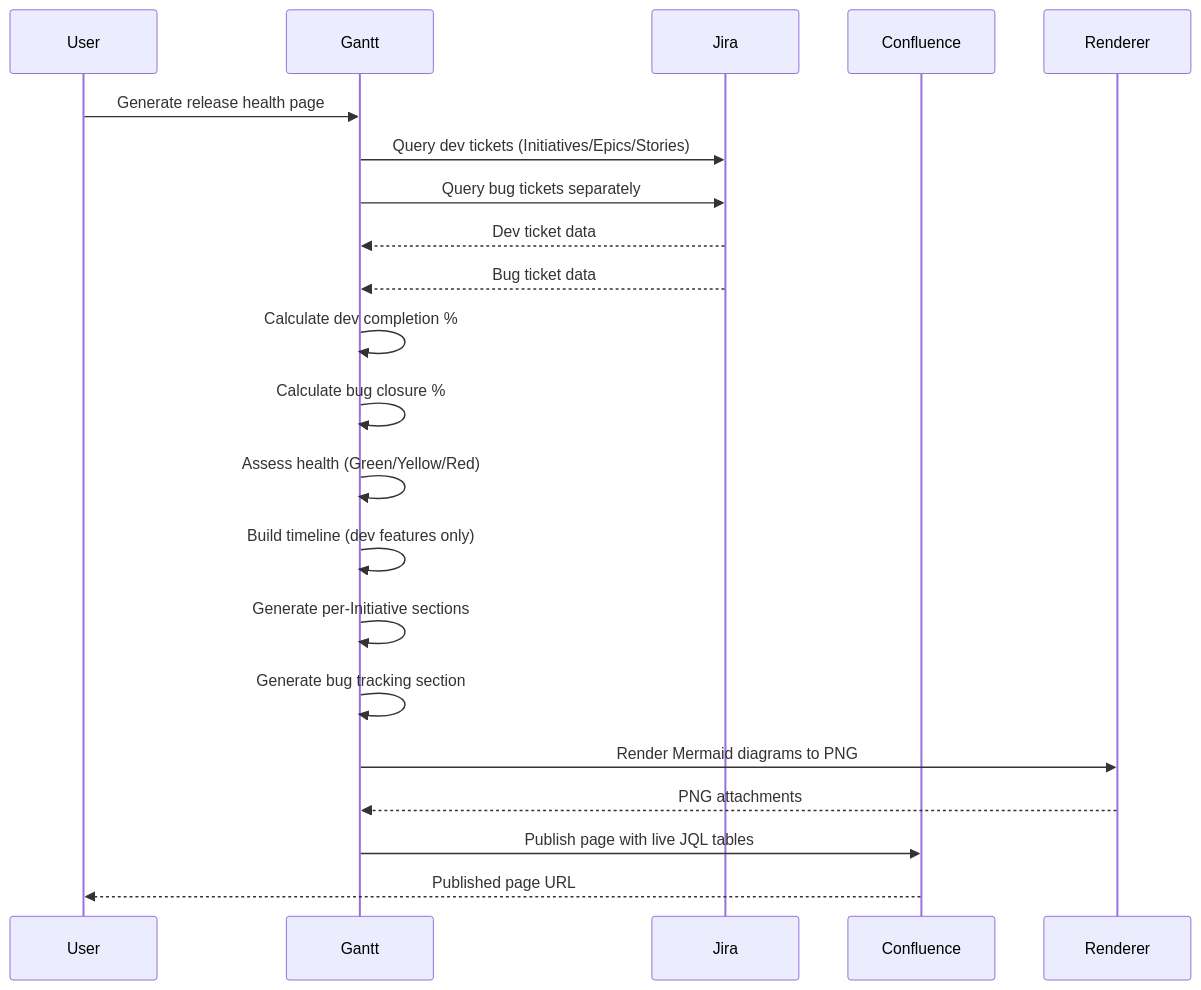
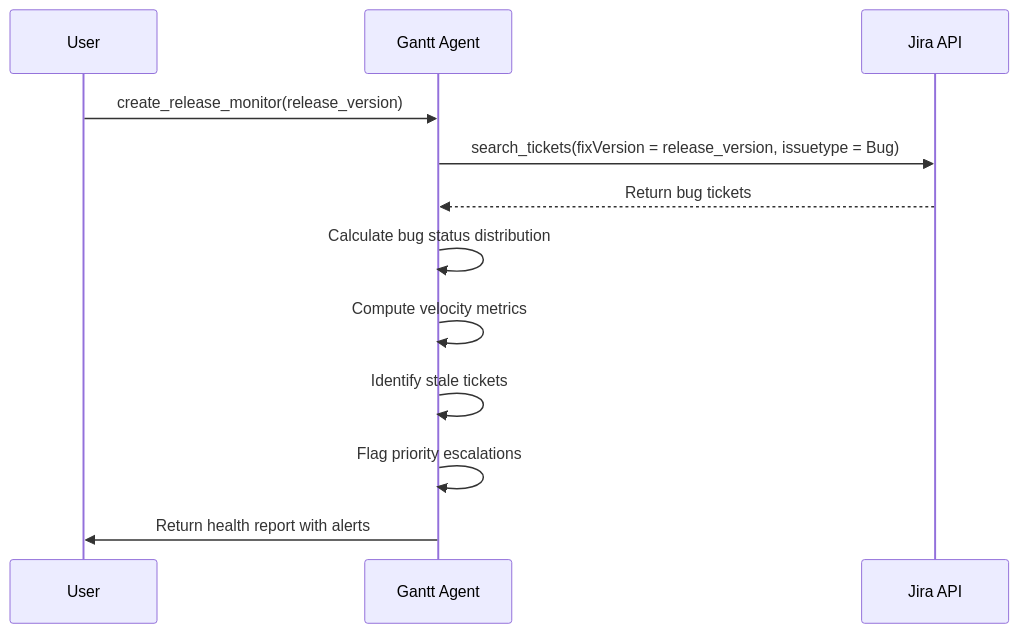
Before and after one commit to jmac-cornelis/agent-workforce: the third of 4 diagrams in docs/agents-gantt-prompts.md, drawn with Mermaid. The commit also changed other lines of this file and 4 other files, not shown here.

````diff
--- a/docs/agents-gantt-prompts.md
+++ b/docs/agents-gantt-prompts.md
@@ -90,24 +90,15 @@
 ```mermaid
 sequenceDiagram
     participant User
-    participant Gantt
-    participant Jira
-    participant Confluence
-    participant Renderer
+    participant Gantt as Gantt Agent
+    participant Jira as Jira API
     
-    User->>Gantt: Generate release health page
-    Gantt->>Jira: Query dev tickets (Initiatives/Epics/Stories)
-    Gantt->>Jira: Query bug tickets separately
-    Jira-->>Gantt: Dev ticket data
-    Jira-->>Gantt: Bug ticket data
-    Gantt->>Gantt: Calculate dev completion %
-    Gantt->>Gantt: Calculate bug closure %
-    Gantt->>Gantt: Assess health (Green/Yellow/Red)
-    Gantt->>Gantt: Build timeline (dev features only)
-    Gantt->>Gantt: Generate per-Initiative sections
-    Gantt->>Gantt: Generate bug tracking section
-    Gantt->>Renderer: Render Mermaid diagrams to PNG
-    Renderer-->>Gantt: PNG attachments
-    Gantt->>Confluence: Publish page with live JQL tables
-    Confluence-->>User: Published page URL
+    User->>Gantt: create_release_monitor(release_version)
+    Gantt->>Jira: search_tickets(fixVersion = release_version, issuetype = Bug)
+    Jira-->>Gantt: Return bug tickets
+    Gantt->>Gantt: Calculate bug status distribution
+    Gantt->>Gantt: Compute velocity metrics
+    Gantt->>Gantt: Identify stale tickets
+    Gantt->>Gantt: Flag priority escalations
+    Gantt->>User: Return health report with alerts
 ```
````
